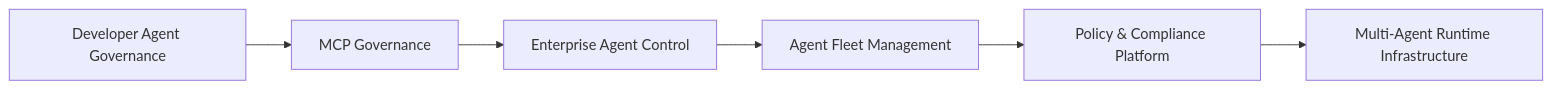
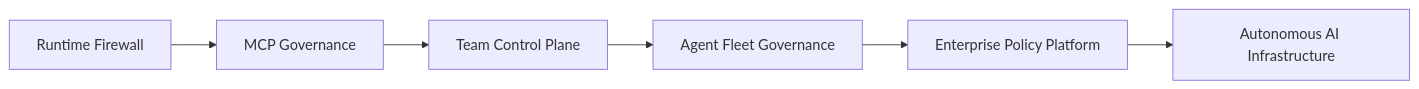
One commit to LSUDOKO/Vigil changed the sixth of 6 diagrams in vigil-sdk/README.md. Above: the diagram before and after it, drawn with Mermaid. The commit also changed other lines of this file and 1 other file, not shown here.

````diff
--- a/vigil-sdk/README.md
+++ b/vigil-sdk/README.md
@@ -863,14 +799,14 @@
 ```mermaid
 flowchart LR
 
-    A[Developer Agent Governance]
+    A[Runtime Firewall]
         --> B[MCP Governance]
 
-    B --> C[Enterprise Agent Control]
+    B --> C[Team Control Plane]
 
-    C --> D[Agent Fleet Management]
+    C --> D[Agent Fleet Governance]
 
-    D --> E[Policy & Compliance Platform]
+    D --> E[Enterprise Policy Platform]
 
-    E --> F[Multi-Agent Runtime Infrastructure]
+    E --> F[Autonomous AI Infrastructure]
 ```
````
